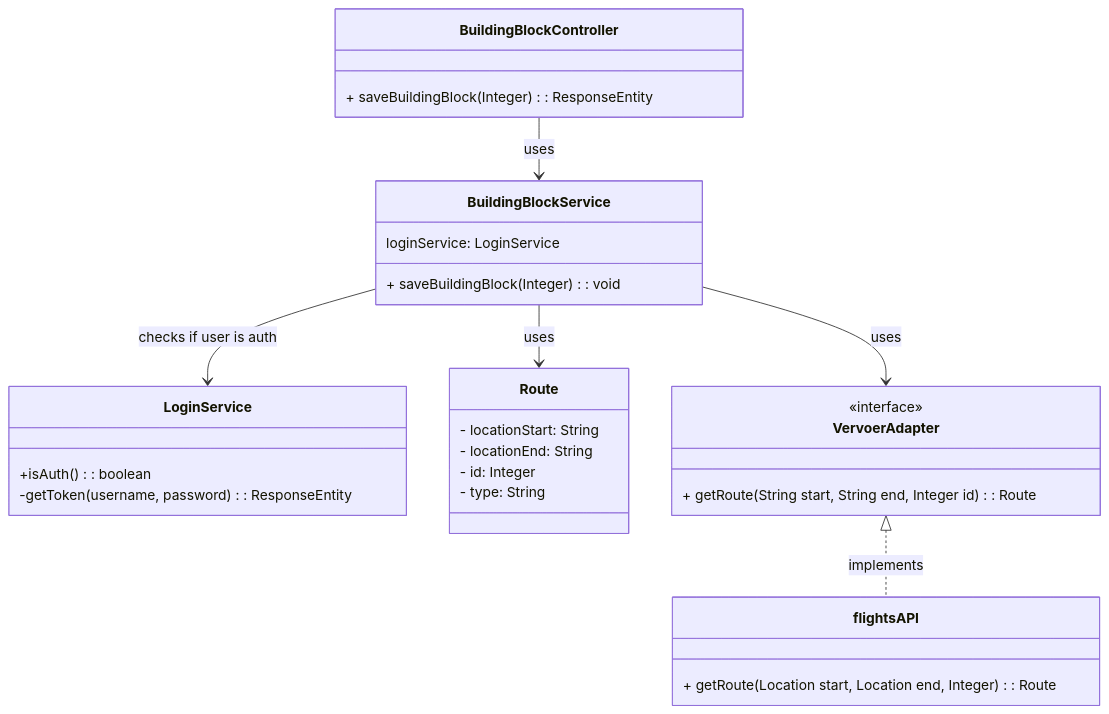
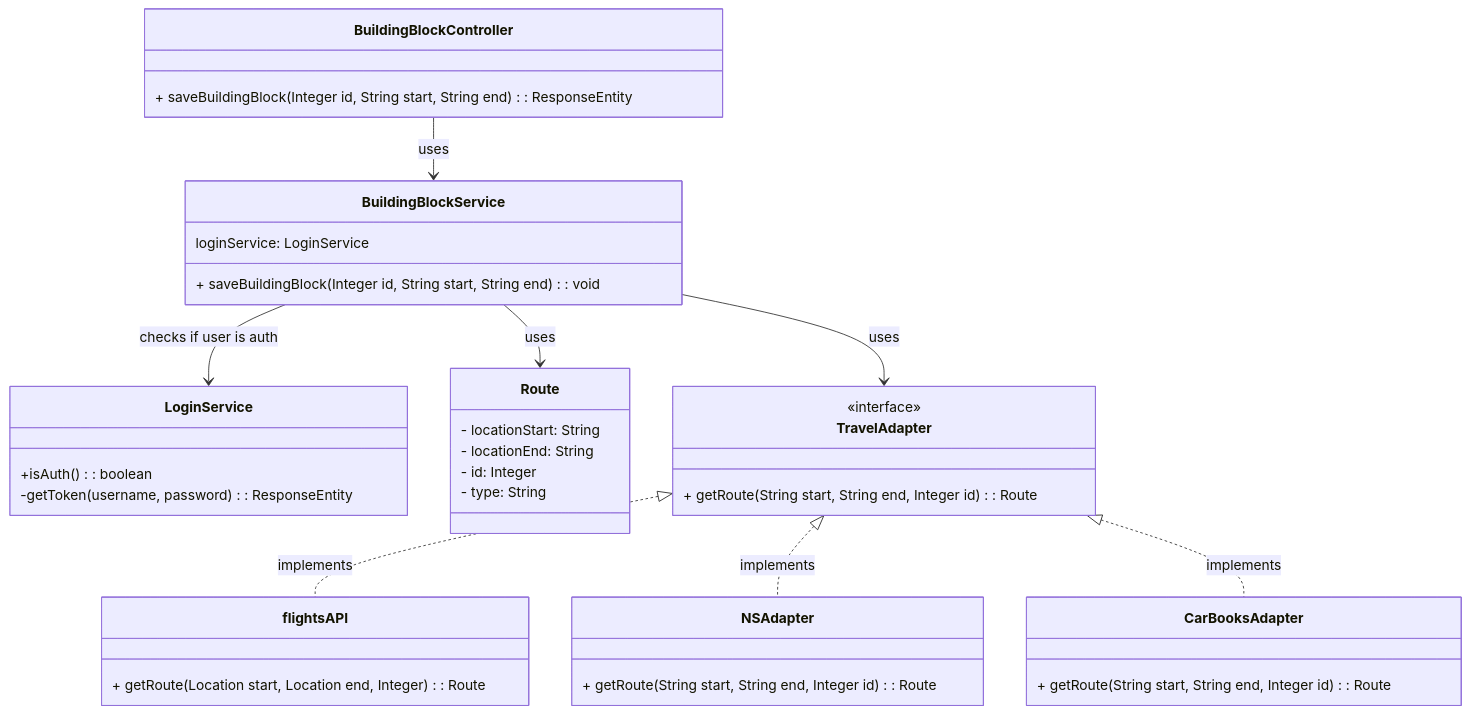
Before and after one commit to AIM-ENE-feb25/triptop-inshallahboys: the second of 2 diagrams in Week2/Les3/Youp/voorbereiding.md, drawn with Mermaid. The commit also changed 1 other file, not shown here.

Commit message:
update klassendiagram

````diff
--- a/Week2/Les3/Youp/voorbereiding.md
+++ b/Week2/Les3/Youp/voorbereiding.md
@@ -69,40 +68,49 @@
 ```mermaid
 classDiagram
 
 class BuildingBlockController {
-    + saveBuildingBlock(Integer): ResponseEntity<Integer>
+    + saveBuildingBlock(Integer id, String start, String end): ResponseEntity<Integer, String>
 }
 
 class BuildingBlockService {
     loginService: LoginService
-    + saveBuildingBlock(Integer): void
+    + saveBuildingBlock(Integer id, String start, String end): void
 }
 
 class LoginService{
     +isAuth() : boolean
     -getToken(username, password) : ResponseEntity<String>
 }
 
 class Route {
     - locationStart: String
     - locationEnd: String
     - id: Integer
     - type: String
 }
 
-class VervoerAdapter {
+class TravelAdapter {
     <<interface>>
     + getRoute(String start, String end, Integer id): Route
 }
 
-class flightsAPI{
+class flightsAPI {
     + getRoute(Location start, Location end, Integer): Route
+}
+
+class NSAdapter {
+    + getRoute(String start, String end, Integer id): Route
+}
+
+class CarBooksAdapter {
+    + getRoute(String start, String end, Integer id): Route
 }
 
 BuildingBlockController --> BuildingBlockService : uses
 BuildingBlockService --> LoginService : checks if user is auth
-BuildingBlockService --> VervoerAdapter : uses
+BuildingBlockService --> TravelAdapter : uses
 BuildingBlockService --> Route : uses
-VervoerAdapter <|.. flightsAPI : implements
-
+TravelAdapter <|.. flightsAPI : implements
+TravelAdapter <|.. NSAdapter : implements
+TravelAdapter <|.. CarBooksAdapter : implements
 ```
````
